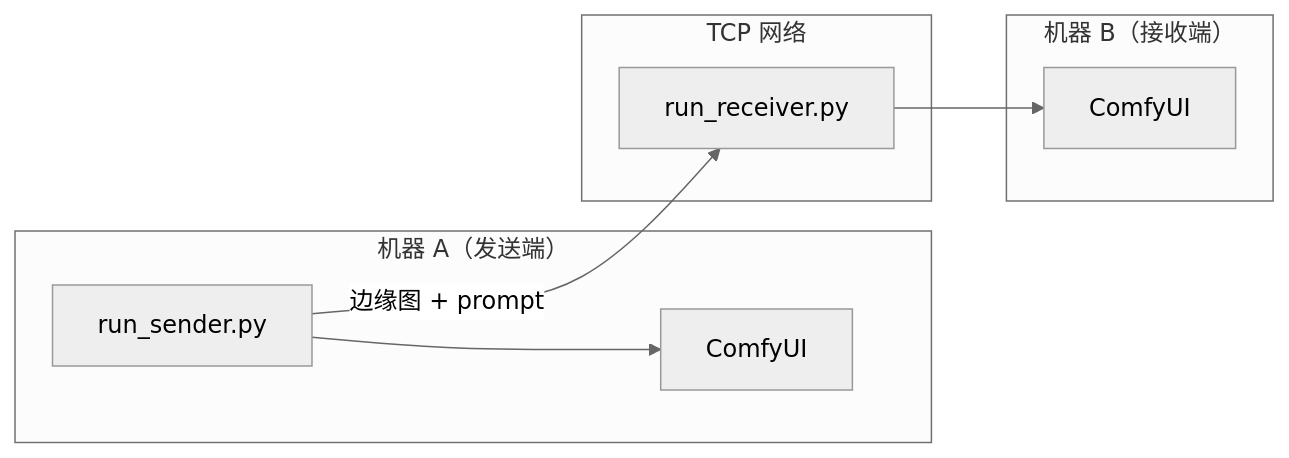
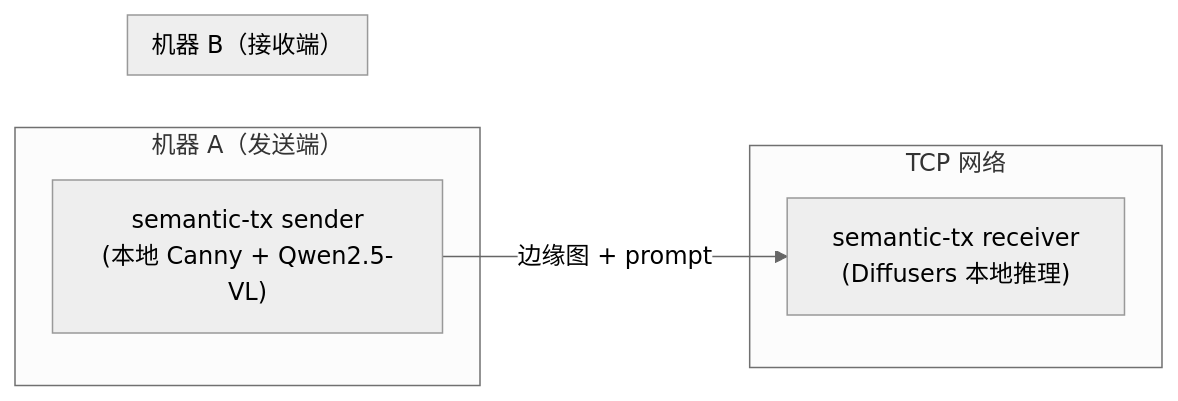
One commit to chy5301/semantic-transmission changed the diagram in docs/demo-handbook.md. Above: the diagram before and after it, drawn with Mermaid (neutral theme). The commit also changed other lines of this file and 69 other files, not shown here.

````diff
--- a/docs/demo-handbook.md
+++ b/docs/demo-handbook.md
@@ -125,12 +147,12 @@
 ```mermaid
 graph LR
     subgraph machine_a["机器 A（发送端）"]
-        SA[run_sender.py] --> CA[ComfyUI]
+        SA["semantic-tx sender<br/>(本地 Canny + Qwen2.5-VL)"]
     end
     subgraph network["TCP 网络"]
         SA -->|边缘图 + prompt| RB
     end
     subgraph machine_b["机器 B（接收端）"]
-        RB[run_receiver.py] --> CB[ComfyUI]
+        RB["semantic-tx receiver<br/>(Diffusers 本地推理)"]
     end
 ```
````
